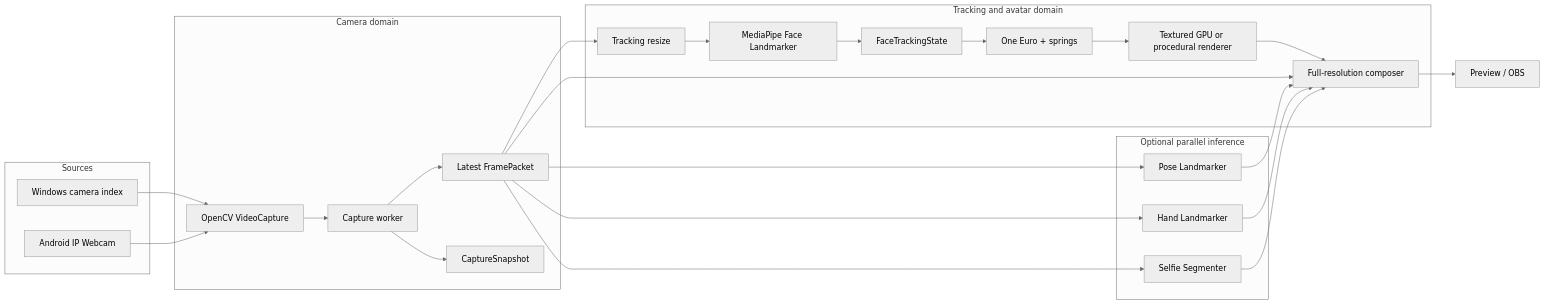
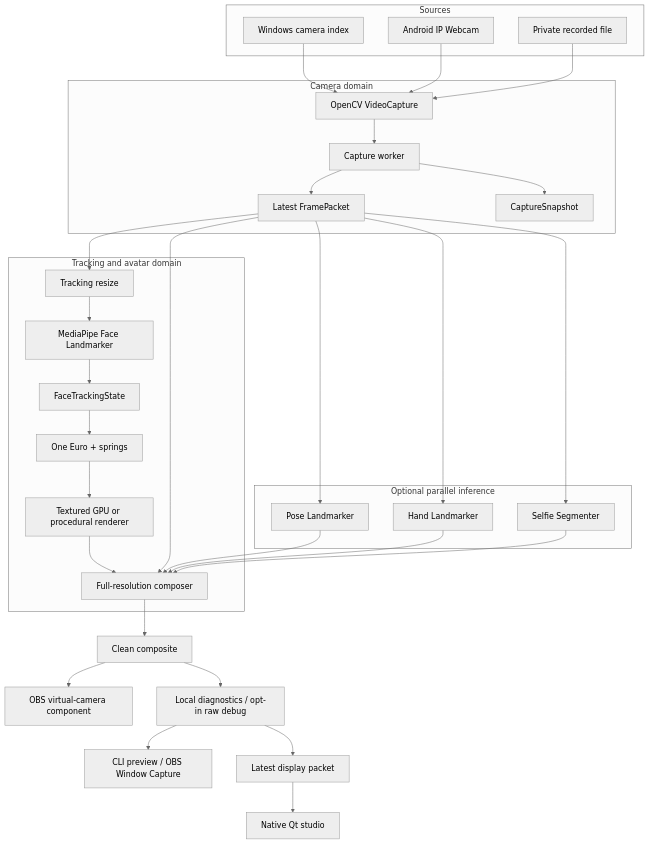
Before and after one commit to Zanark/KardboardCode-VTuber: the first of 3 diagrams in docs/02-architecture/system-architecture.md, drawn with Mermaid (neutral theme). The commit also changed other lines of this file and 36 other files, not shown here.

````diff
--- a/docs/02-architecture/system-architecture.md
+++ b/docs/02-architecture/system-architecture.md
@@ -14,40 +14,52 @@
 ```mermaid
-flowchart LR
+flowchart TD
     subgraph Sources
       Local["Windows camera index"]
       Phone["Android IP Webcam"]
+      Recorded["Private recorded file"]
     end
     subgraph Capture["Camera domain"]
       Open["OpenCV VideoCapture"]
       Worker["Capture worker"]
       Latest["Latest FramePacket"]
       Diag["CaptureSnapshot"]
     end
     subgraph Avatar["Tracking and avatar domain"]
       Resize["Tracking resize"]
       MP["MediaPipe Face Landmarker"]
       Normalize["FaceTrackingState"]
       Smooth["One Euro + springs"]
       PS1["Textured GPU or procedural renderer"]
       Compose["Full-resolution composer"]
     end
     subgraph Optional["Optional parallel inference"]
       Pose["Pose Landmarker"]
       Hands["Hand Landmarker"]
       Person["Selfie Segmenter"]
     end
-    Output["Preview / OBS"]
+    Clean["Clean composite"]
+    Virtual["OBS virtual-camera component"]
+    Debug["Local diagnostics / opt-in raw debug"]
+    Output["CLI preview / OBS Window Capture"]
+    Mailbox["Latest display packet"]
+    Qt["Native Qt studio"]
     Local --> Open
     Phone --> Open
+    Recorded --> Open
     Open --> Worker --> Latest
     Worker --> Diag
     Latest --> Resize --> MP --> Normalize --> Smooth --> PS1 --> Compose
     Latest --> Compose
     Latest --> Pose
     Latest --> Hands
     Latest --> Person
     Pose --> Compose
     Hands --> Compose
     Person --> Compose
-    Compose --> Output
+    Compose --> Clean
+    Clean --> Virtual
+    Clean --> Debug
+    Debug --> Output
+    Debug --> Mailbox
+    Mailbox --> Qt
 ```
````
